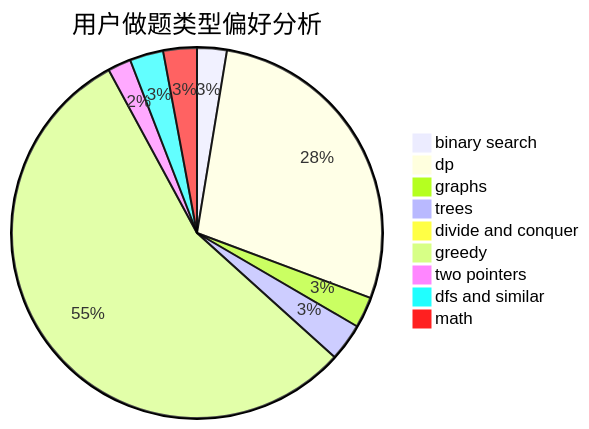
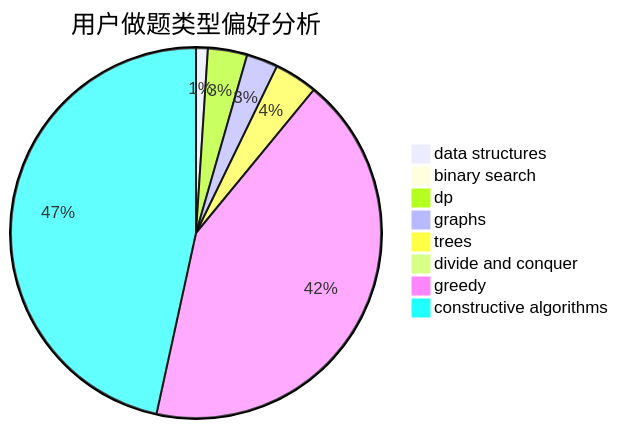
Before and after one commit to sherpahu/cfrs.github.io: the second of 3 diagrams in docs/user/u1922.md, drawn with Mermaid. The commit also changed other lines of this file and 2775 other files, not shown here.

````diff
--- a/docs/user/u1922.md
+++ b/docs/user/u1922.md
@@ -23,12 +23,11 @@
 ```mermaid
 pie title 用户做题类型偏好分析
-    "binary search" :  23
-    "dp" :  249
-    "graphs" :  24
-    "trees" :  29
+    "data structures" :  3
+    "binary search" :  0
+    "dp" :  10
+    "graphs" :  8
+    "trees" :  11
     "divide and conquer" :  0
-    "greedy" :  491
-    "two pointers" :  18
-    "dfs and similar" :  26
-    "math" :  26
+    "greedy" :  124
+    "constructive algorithms" :  136
 ```
````
